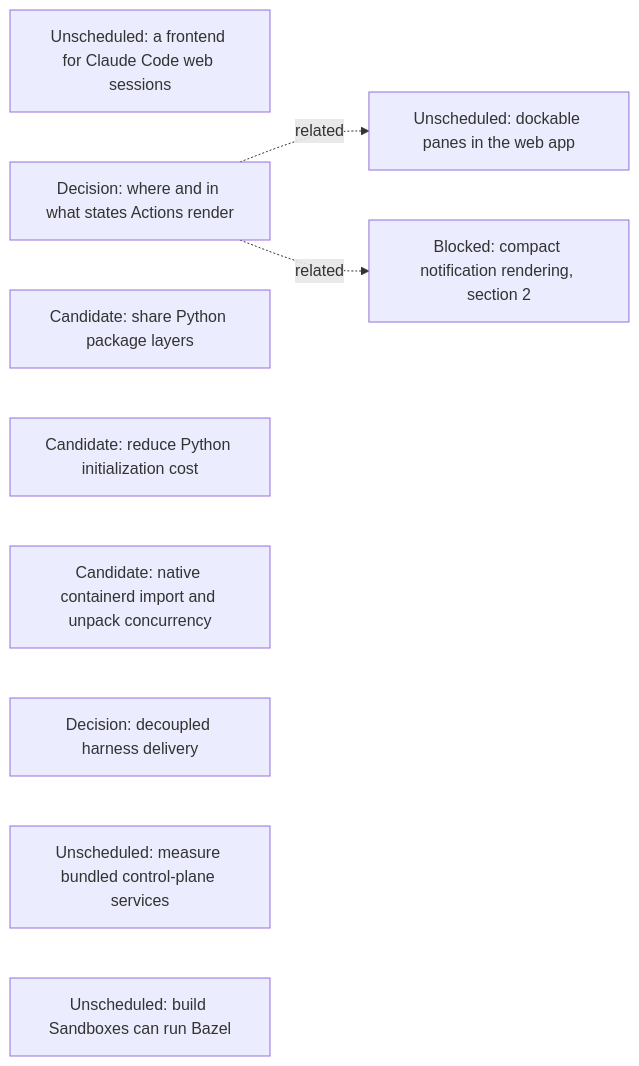
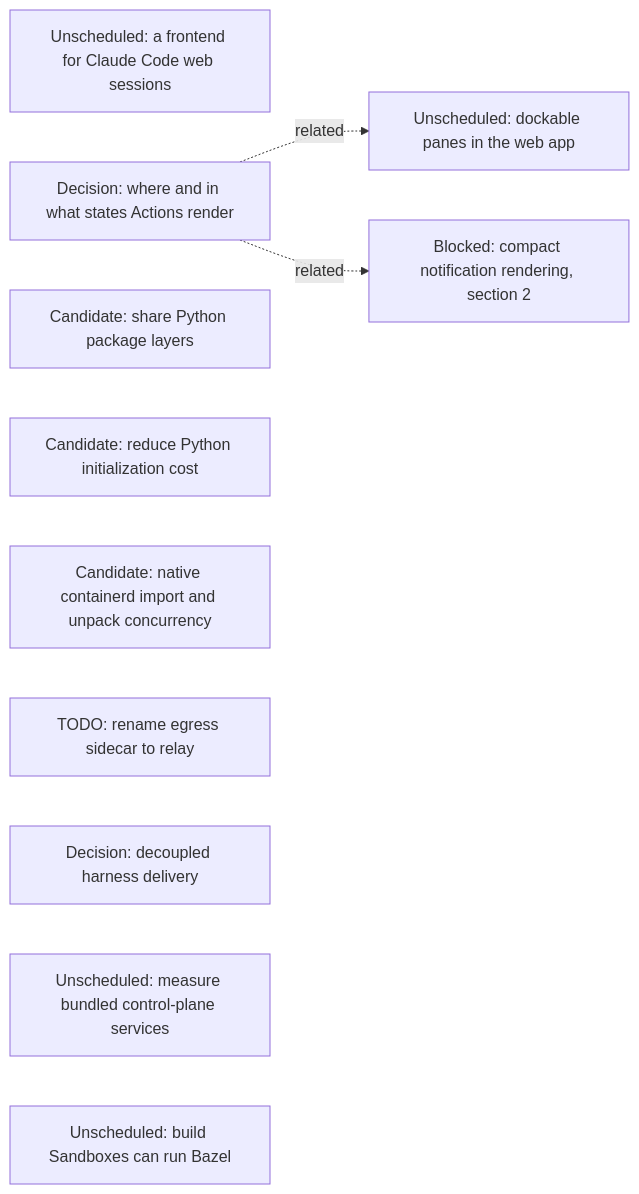
The seventh of 16 diagrams in agentplane/plans/task_dag.md (agentydragon/ducktape), drawn with Mermaid before and after one commit. The commit also changed other lines of this file, not shown here.

Commit message:
docs(agentplane): track egress relay rename

````diff
--- a/agentplane/plans/task_dag.md
+++ b/agentplane/plans/task_dag.md
@@ -794,15 +794,16 @@
 ```mermaid
 flowchart LR
     CLAUDE_CODE_WEB_BRIDGE[Unscheduled: a frontend for Claude Code web sessions]
     ACTION_SURFACES_DESIGN[Decision: where and in what states Actions render]
     K3S_SHARED_PACKAGE_LAYERS[Candidate: share Python package layers]
     K3S_PYTHON_INITIALIZATION[Candidate: reduce Python initialization cost]
     K3S_IMPORT_CONCURRENCY[Candidate: native containerd import and unpack concurrency]
+    EGRESS_RELAY_RENAME[TODO: rename egress sidecar to relay]
     RUNNER_HARNESS_DELIVERY_DESIGN[Decision: decoupled harness delivery]
     K3S_BUNDLED_SERVICES_SPIKE[Unscheduled: measure bundled control-plane services]
     DOCKABLE_PANES[Unscheduled: dockable panes in the web app]
     ACTION_SURFACES_DESIGN -. related .-> DOCKABLE_PANES
     NOTIFICATION_PRESENTATION[Blocked: compact notification rendering, section 2]
     ACTION_SURFACES_DESIGN -. related .-> NOTIFICATION_PRESENTATION
     BUILD_BOX_BAZEL[Unscheduled: build Sandboxes can run Bazel]
 ```
````
